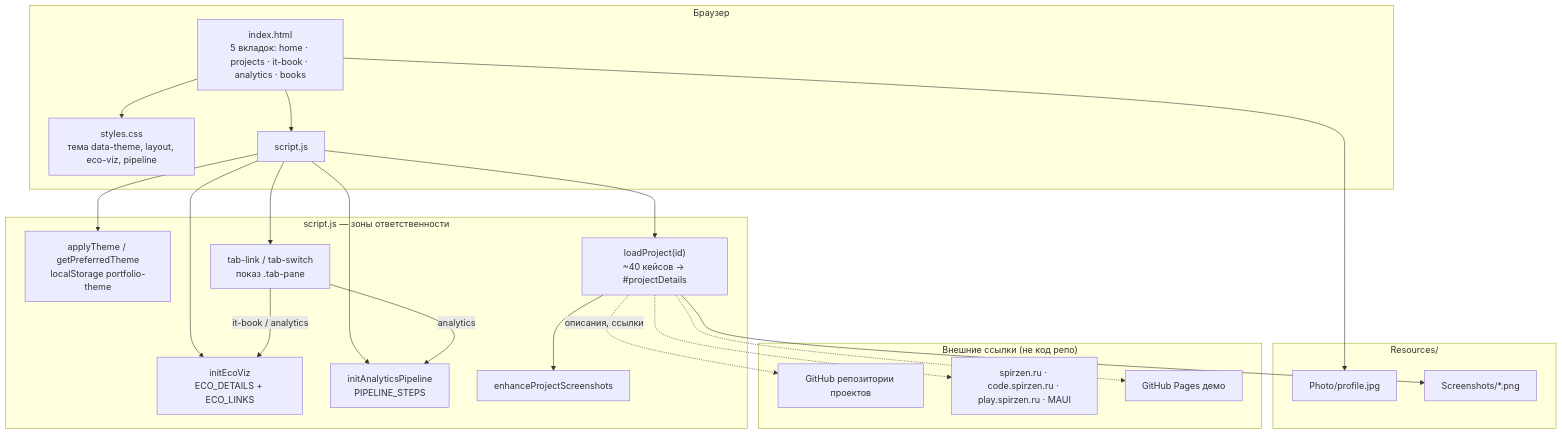
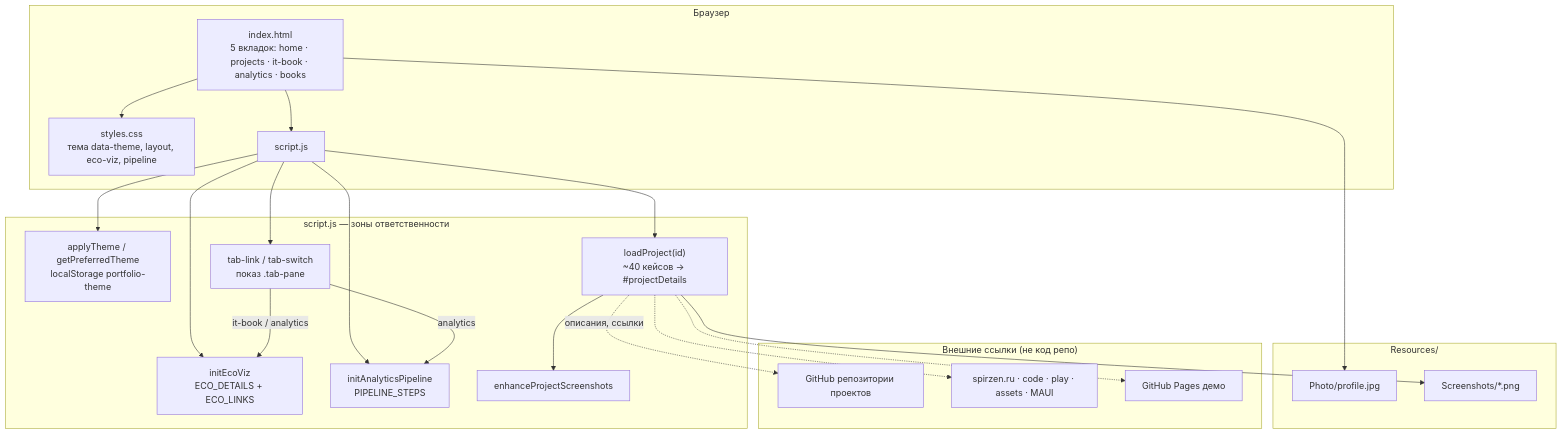
The diagram in README.md (Spirzen/Spirzen.github.io), drawn with Mermaid before and after one commit. The commit also changed other lines of this file and 4 other files, not shown here.

````diff
--- a/README.md
+++ b/README.md
@@ -25,44 +25,44 @@
 ```mermaid
 flowchart TB
     subgraph Browser["Браузер"]
         HTML["index.html<br/>5 вкладок: home · projects · it-book · analytics · books"]
         CSS["styles.css<br/>тема data-theme, layout, eco-viz, pipeline"]
         JS["script.js"]
     end
 
     subgraph Assets["Resources/"]
         Photo["Photo/profile.jpg"]
         Shots["Screenshots/*.png"]
     end
 
     subgraph JS_Modules["script.js — зоны ответственности"]
         Theme["applyTheme / getPreferredTheme<br/>localStorage portfolio-theme"]
         Tabs["tab-link / tab-switch<br/>показ .tab-pane"]
         Eco["initEcoViz<br/>ECO_DETAILS + ECO_LINKS"]
         Pipe["initAnalyticsPipeline<br/>PIPELINE_STEPS"]
         Projects["loadProject(id)<br/>~40 кейсов → #projectDetails"]
         Screens["enhanceProjectScreenshots"]
     end
 
     subgraph External["Внешние ссылки (не код репо)"]
         GH["GitHub репозитории проектов"]
-        Spirzen["spirzen.ru · code.spirzen.ru · play.spirzen.ru · MAUI"]
+        Spirzen["spirzen.ru · code · play · assets · MAUI"]
         Demo["GitHub Pages демо"]
     end
 
     HTML --> CSS
     HTML --> JS
     JS --> Theme
     JS --> Tabs
     JS --> Eco
     JS --> Pipe
     JS --> Projects
     Projects --> Shots
     HTML --> Photo
     Projects -.->|описания, ссылки| GH
     Projects -.-> Spirzen
     Projects -.-> Demo
     Tabs -->|it-book / analytics| Eco
     Tabs -->|analytics| Pipe
     Projects --> Screens
 ```
````
